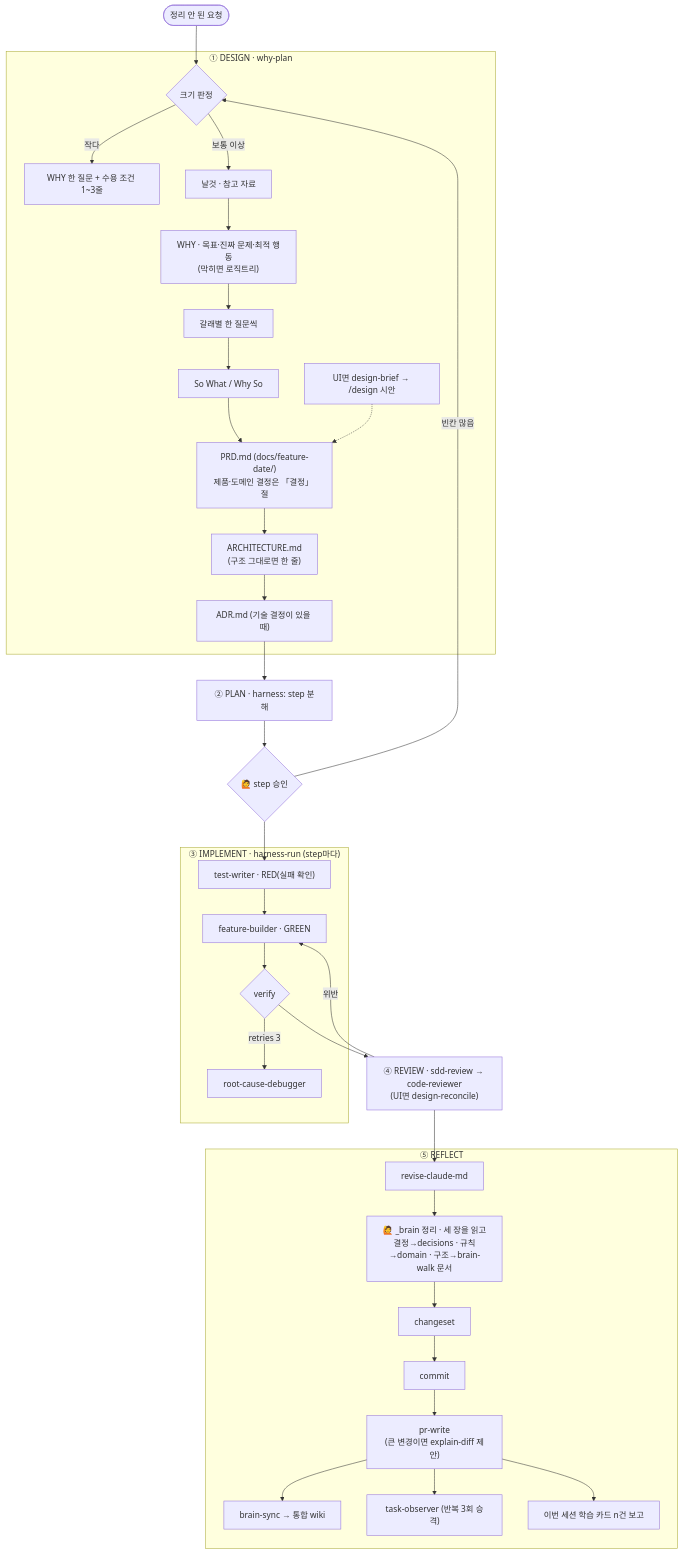
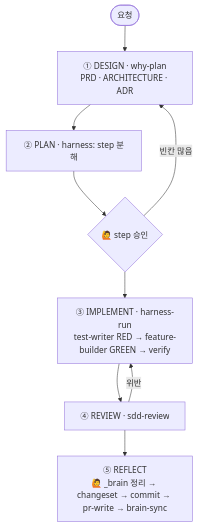
One commit to jtwjs/claude-harness changed the diagram in README.md. Above: the diagram before and after it, drawn with Mermaid. The commit also changed other lines of this file, not shown here.

First line of the commit message:
docs: README 핵심만 남김(169 → 81줄) — 스킬·훅은 이름 표로, 세부는 SKILL.md·design-notes로

````diff
--- a/README.md
+++ b/README.md
@@ -90,32 +44,11 @@
 ```mermaid
 flowchart TD
-  A([정리 안 된 요청]) --> WP
-
-  subgraph DESIGN["① DESIGN · why-plan"]
-    WP{크기 판정} -->|작다| S[WHY 한 질문 + 수용 조건 1~3줄]
-    WP -->|보통 이상| W1[날것 · 참고 자료] --> W2["WHY · 목표·진짜 문제·최적 행동<br/>(막히면 로직트리)"] --> W3[갈래별 한 질문씩] --> W4[So What / Why So]
-    W4 --> PRD["PRD.md (docs/feature-date/)<br/>제품·도메인 결정은 「결정」 절"] --> ARCH["ARCHITECTURE.md<br/>(구조 그대로면 한 줄)"] --> ADR["ADR.md (기술 결정이 있을 때)"]
-    DB["UI면 design-brief → /design 시안"] -.-> PRD
-  end
-
-  ADR --> H["② PLAN · harness: step 분해"]
-  H --> G1{🙋 step 승인}
-  G1 -->|빈칸 많음| WP
-  G1 --> RUN
-
-  subgraph IMPL["③ IMPLEMENT · harness-run (step마다)"]
-    RUN["test-writer · RED(실패 확인)"] --> FB["feature-builder · GREEN"] --> V{verify}
-    V -->|retries 3| RCD[root-cause-debugger]
-  end
-
-  V --> RV["④ REVIEW · sdd-review → code-reviewer<br/>(UI면 design-reconcile)"]
-  RV -->|위반| FB
-  RV --> RF
-
-  subgraph REFLECT["⑤ REFLECT"]
-    RF[revise-claude-md] --> BR["🙋 _brain 정리 · 세 장을 읽고<br/>결정→decisions · 규칙→domain · 구조→brain-walk 문서"] --> CS[changeset] --> CM[commit] --> PR["pr-write<br/>(큰 변경이면 explain-diff 제안)"]
-    PR --> BS["brain-sync → 통합 wiki"]
-    PR --> TO["task-observer (반복 3회 승격)"]
-    PR --> LC[이번 세션 학습 카드 n건 보고]
-  end
+  A([요청]) --> D["① DESIGN · why-plan<br/>PRD · ARCHITECTURE · ADR"]
+  D --> H["② PLAN · harness: step 분해"]
+  H --> G{🙋 step 승인}
+  G -->|빈칸 많음| D
+  G --> R["③ IMPLEMENT · harness-run<br/>test-writer RED → feature-builder GREEN → verify"]
+  R --> V["④ REVIEW · sdd-review"]
+  V -->|위반| R
+  V --> F["⑤ REFLECT<br/>🙋 _brain 정리 → changeset → commit → pr-write → brain-sync"]
 ```
````
